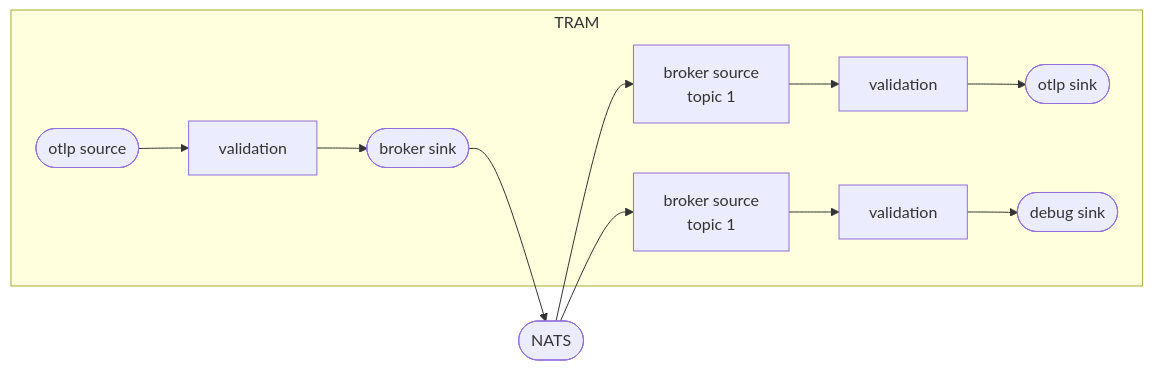
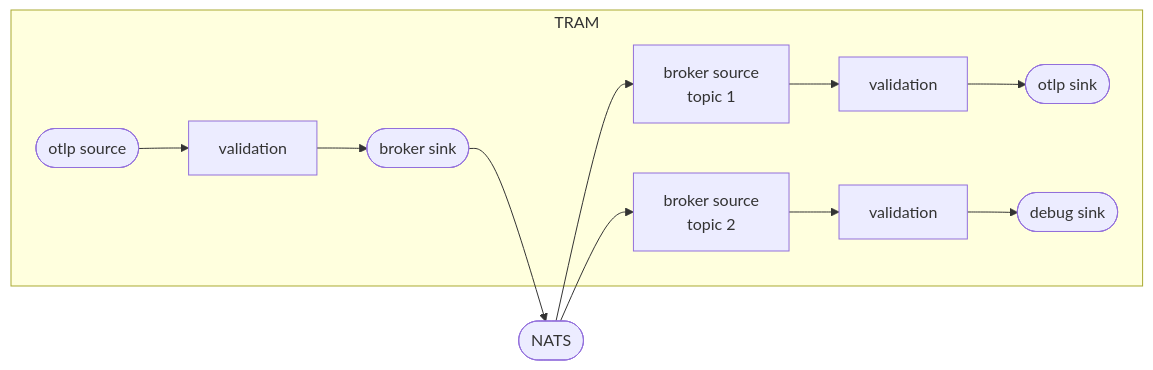
One commit to GO-TRAM/TRAM changed the third of 3 diagrams in README.md. Above: the diagram before and after it, drawn with Mermaid. The commit also changed other lines of this file and 12 other files, not shown here.

````diff
--- a/README.md
+++ b/README.md
@@ -336,27 +336,27 @@
 ```mermaid
 flowchart LR
     nats(["NATS"]) --> src1["broker source<br>topic 1"]
-    nats --> src2["broker source<br>topic 1"]
+    nats --> src2["broker source<br>topic 2"]
     otlp_in(["otlp source"])
 
     src1 --> val1["validation"]
     src2 --> val2["validation"]
     otlp_in --> val3["validation"]
 
     val1 --> sink1(["otlp sink"])
     val2 --> sink2(["debug sink"])
     val3 --> sink3(["broker sink"])
     sink3 --> nats
 
     subgraph tram["TRAM"]
         src1
         val1
         sink1
         src2
         val2
         sink2
         otlp_in
         val3
         sink3
     end
 ```
````
